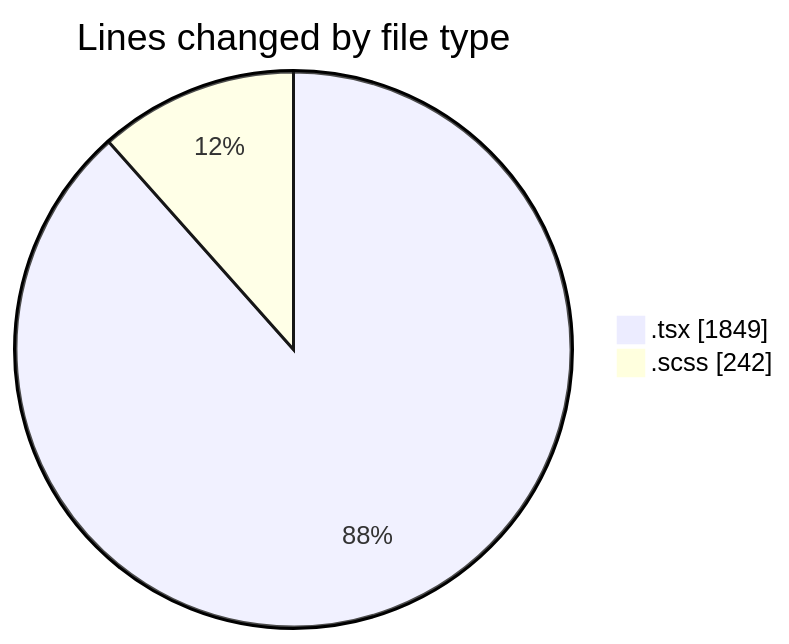
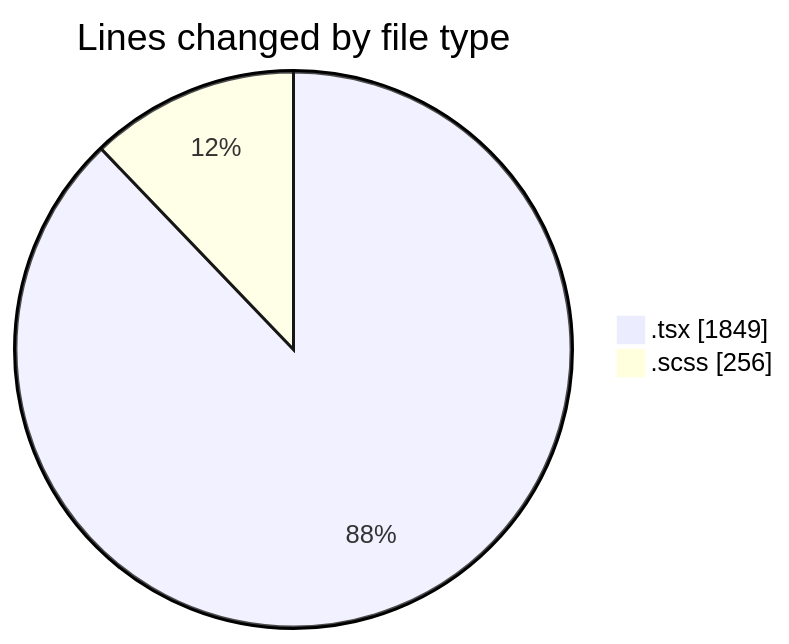
One commit to momahboobian/code-tracking changed the first of 2 diagrams in 2025-04-07/cda/README.md. Above: the diagram before and after it, drawn with Mermaid. The commit also changed other lines of this file and 1 other file, not shown here.

````diff
--- a/2025-04-07/cda/README.md
+++ b/2025-04-07/cda/README.md
@@ -26,6 +26,6 @@
 ```mermaid
 pie showData
 title Lines changed by file type
 ".tsx" : 1849
-".scss" : 242
+".scss" : 256
 ```
````
